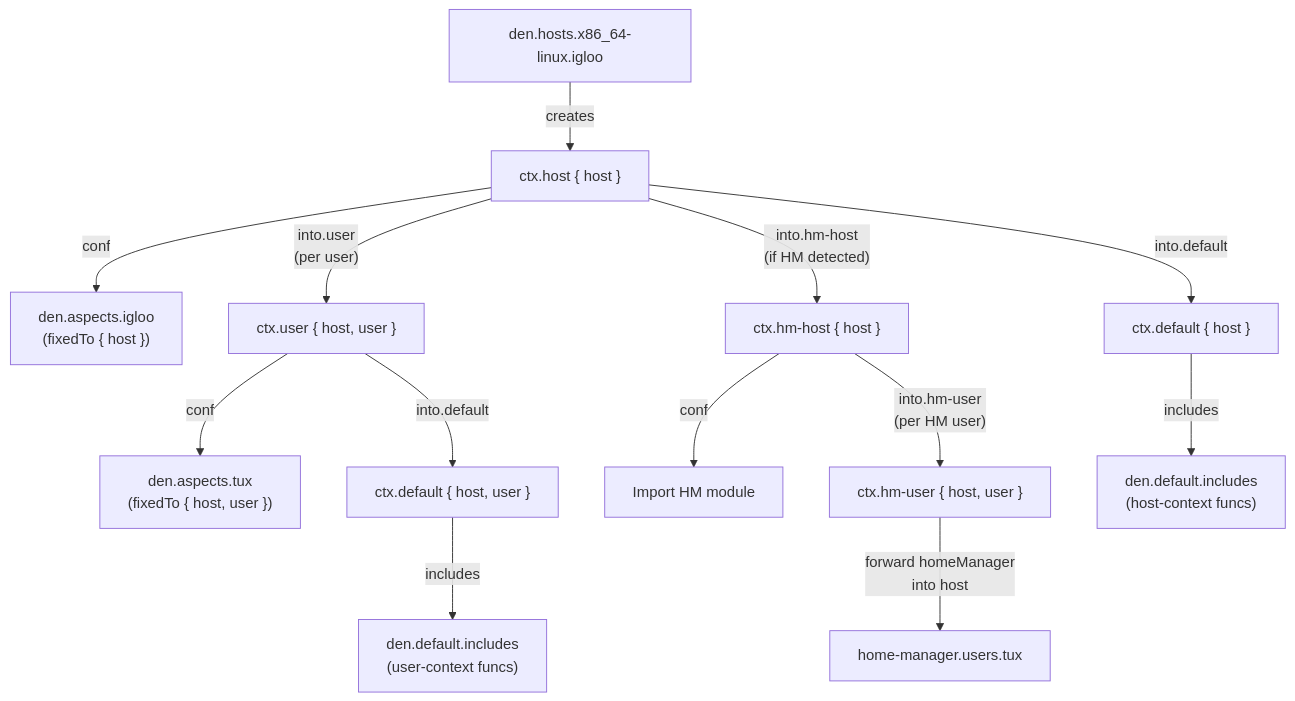
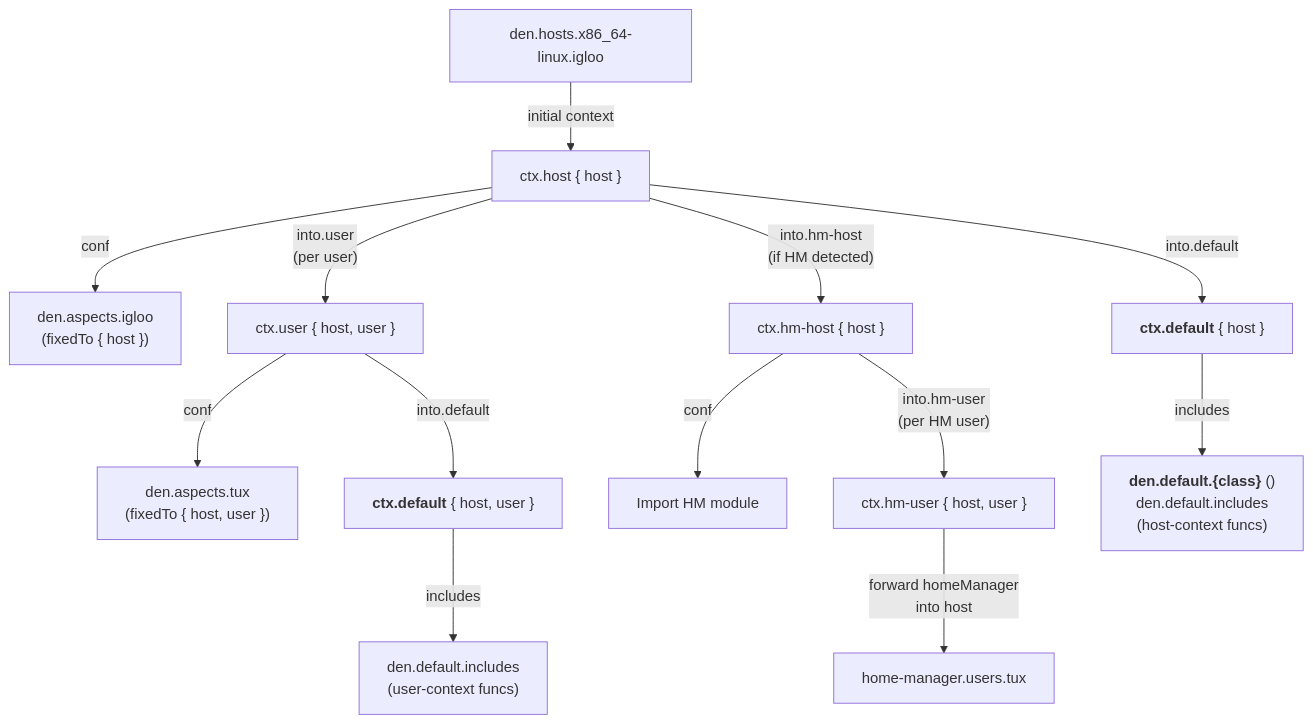
The first of 2 diagrams in docs/src/content/docs/explanation/context-pipeline.md (vic/den), drawn with Mermaid before and after one commit. The commit also changed other lines of this file and 4 other files, not shown here.

````diff
--- a/docs/src/content/docs/explanation/context-pipeline.md
+++ b/docs/src/content/docs/explanation/context-pipeline.md
@@ -13,21 +13,21 @@
 ```mermaid
 graph TD
   Host["den.hosts.x86_64-linux.igloo"]
-  Host -->|"creates"| CtxHost["ctx.host { host }"]
+  Host -->|"initial context"| CtxHost["ctx.host { host }"]
 
   CtxHost -->|"conf"| HA["den.aspects.igloo<br/>(fixedTo { host })"]
-  CtxHost -->|"into.default"| CtxDef1["ctx.default { host }"]
+  CtxHost -->|"into.default"| CtxDef1["<b>ctx.default</b> { host }"]
   CtxHost -->|"into.user<br/>(per user)"| CtxUser["ctx.user { host, user }"]
   CtxHost -->|"into.hm-host<br/>(if HM detected)"| CtxHM["ctx.hm-host { host }"]
 
   CtxUser -->|"conf"| UA["den.aspects.tux<br/>(fixedTo { host, user })"]
-  CtxUser -->|"into.default"| CtxDef2["ctx.default { host, user }"]
+  CtxUser -->|"into.default"| CtxDef2["<b>ctx.default</b> { host, user }"]
 
   CtxHM -->|"conf"| HMmod["Import HM module"]
   CtxHM -->|"into.hm-user<br/>(per HM user)"| CtxHMU["ctx.hm-user { host, user }"]
 
   CtxHMU -->|"forward homeManager<br/>into host"| FW["home-manager.users.tux"]
 
-  CtxDef1 -->|"includes"| DI1["den.default.includes<br/>(host-context funcs)"]
+  CtxDef1 -->|"includes"| DI1["<b>den.default.{class}</b> ()<br/>den.default.includes<br/>(host-context funcs)"]
   CtxDef2 -->|"includes"| DI2["den.default.includes<br/>(user-context funcs)"]
 ```
````
